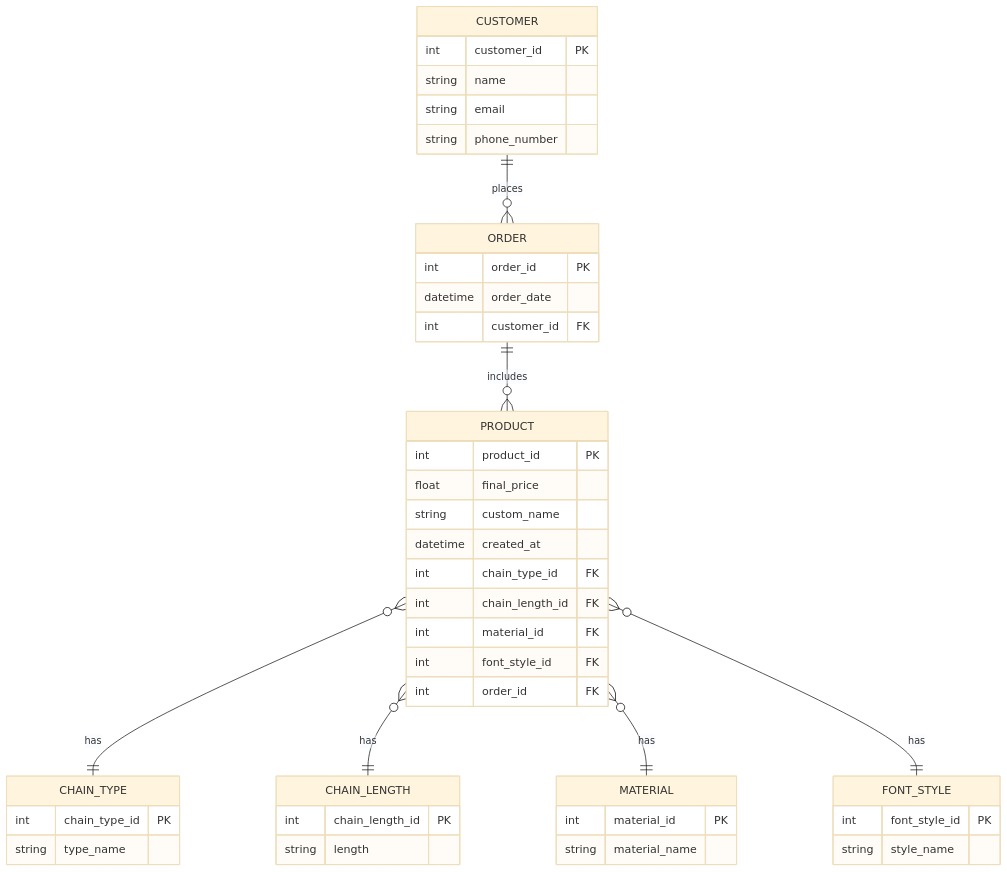
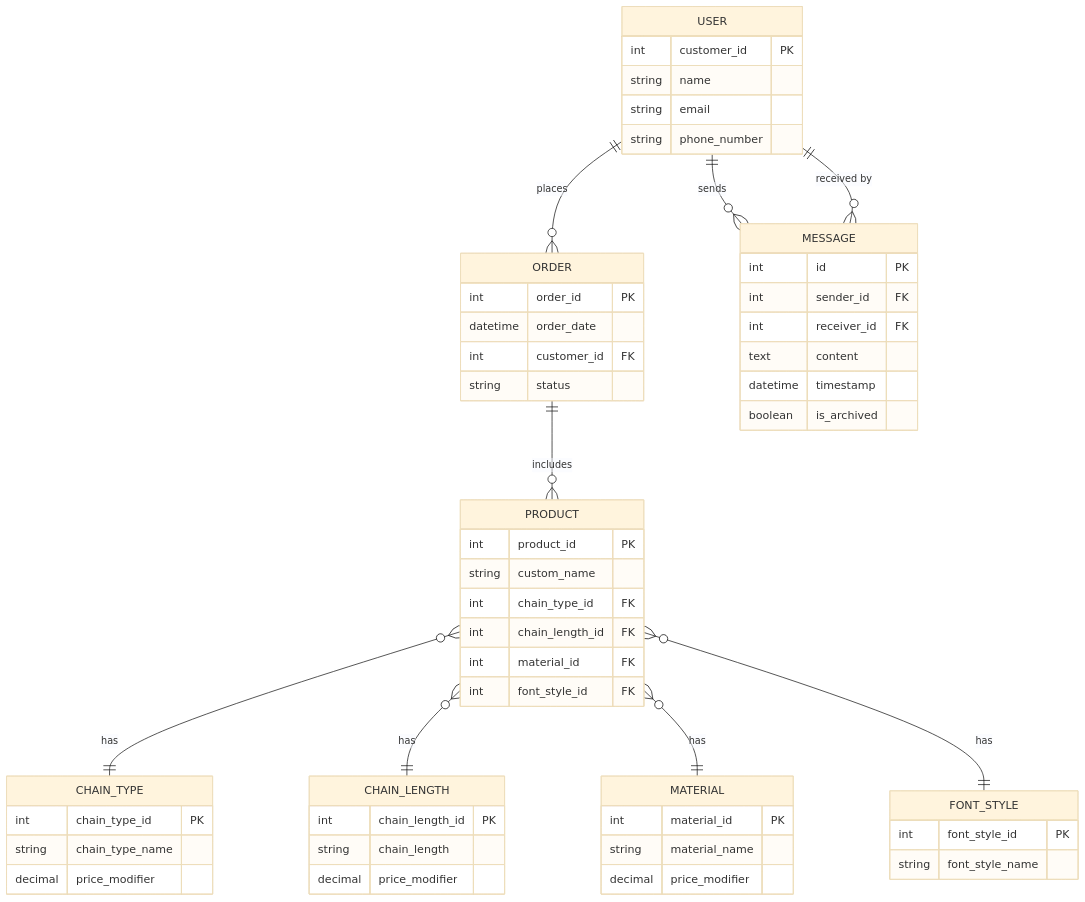
The diagram in README.md (alanmaizon/GISH), drawn with Mermaid (base theme) before and after one commit. The commit also changed other lines of this file and 20 other files, not shown here.

````diff
--- a/README.md
+++ b/README.md
@@ -141,54 +133,67 @@
 ```mermaid
 erDiagram
-    CUSTOMER {
+    USER {
         int customer_id PK
         string name
         string email
         string phone_number
+
+    }
+
+    PRODUCT {
+        int product_id PK
+        string custom_name
+        int chain_type_id FK
+        int chain_length_id FK
+        int material_id FK
+        int font_style_id FK
+    }
+
+    CHAIN_TYPE {
+        int chain_type_id PK
+        string chain_type_name
+        decimal price_modifier
+    }
+
+    CHAIN_LENGTH {
+        int chain_length_id PK
+        string chain_length
+        decimal price_modifier
+    }
+
+    MATERIAL {
+        int material_id PK
+        string material_name
+        decimal price_modifier
+    }
+
+    FONT_STYLE {
+        int font_style_id PK
+        string font_style_name
     }
 
     ORDER {
         int order_id PK
         datetime order_date
         int customer_id FK
+        string status
     }
 
-    PRODUCT {
-        int product_id PK
-        float final_price
-        string custom_name
-        datetime created_at
-        int chain_type_id FK
-        int chain_length_id FK
-        int material_id FK
-        int font_style_id FK
-        int order_id FK
+    MESSAGE {
+        int id PK
+        int sender_id FK
+        int receiver_id FK
+        text content
+        datetime timestamp
+        boolean is_archived
     }
 
-    CHAIN_TYPE {
-        int chain_type_id PK
-        string type_name
-    }
-
-    CHAIN_LENGTH {
-        int chain_length_id PK
-        string length
-    }
-
-    MATERIAL {
-        int material_id PK
-        string material_name
-    }
-
-    FONT_STYLE {
-        int font_style_id PK
-        string style_name
-    }
-
-    CUSTOMER ||--o{ ORDER : "places"
+    USER ||--o{ ORDER : "places"
     ORDER ||--o{ PRODUCT : "includes"
     PRODUCT }o--|| CHAIN_TYPE : "has"
     PRODUCT }o--|| CHAIN_LENGTH : "has"
     PRODUCT }o--|| MATERIAL : "has"
     PRODUCT }o--|| FONT_STYLE : "has"
+    USER ||--o{ MESSAGE : "sends"
+    MESSAGE }o--|| USER : "received by"
 ```
````
